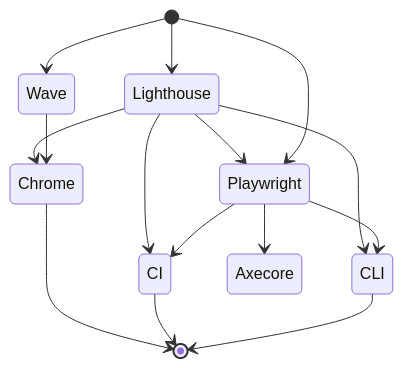
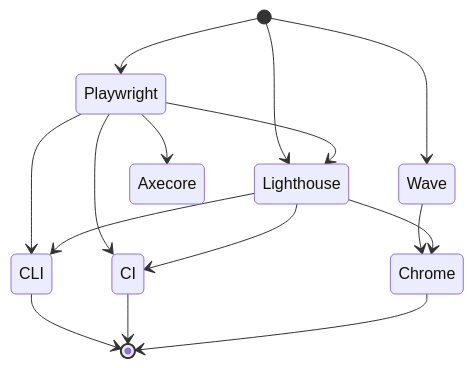
The third of 3 diagrams in resources/Mobile App Resources and tools.md (gsoulie/Mobile-App-Development), drawn with Mermaid before and after one commit.

Commit message:
Update relationships in Mobile App Resources document
Added Playwright to Lighthouse relationship and removed Lighthouse to Playwright relationship.

`````diff
--- a/resources/Mobile App Resources and tools.md
+++ b/resources/Mobile App Resources and tools.md
@@ -50,19 +50,19 @@
 ````mermaid
 stateDiagram-v2
   [*] --> Playwright
   [*] --> Lighthouse
   [*] --> Wave
 
   Playwright --> CI
   Playwright --> CLI
   Playwright --> Axecore
+  Playwright --> Lighthouse
   Wave --> Chrome
   Lighthouse --> Chrome
-  Lighthouse --> Playwright
   Lighthouse --> CI
   Lighthouse --> CLI
   CLI --> [*]
   CI --> [*]
   Chrome --> [*]
   
 ````
`````
